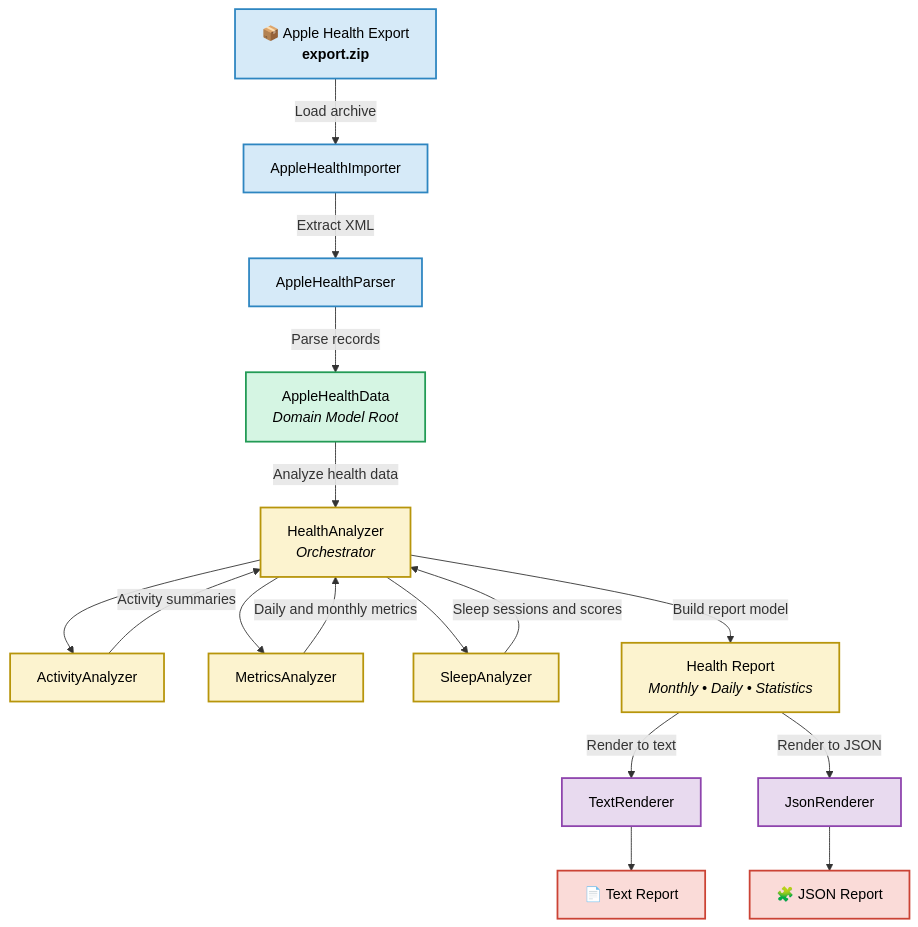
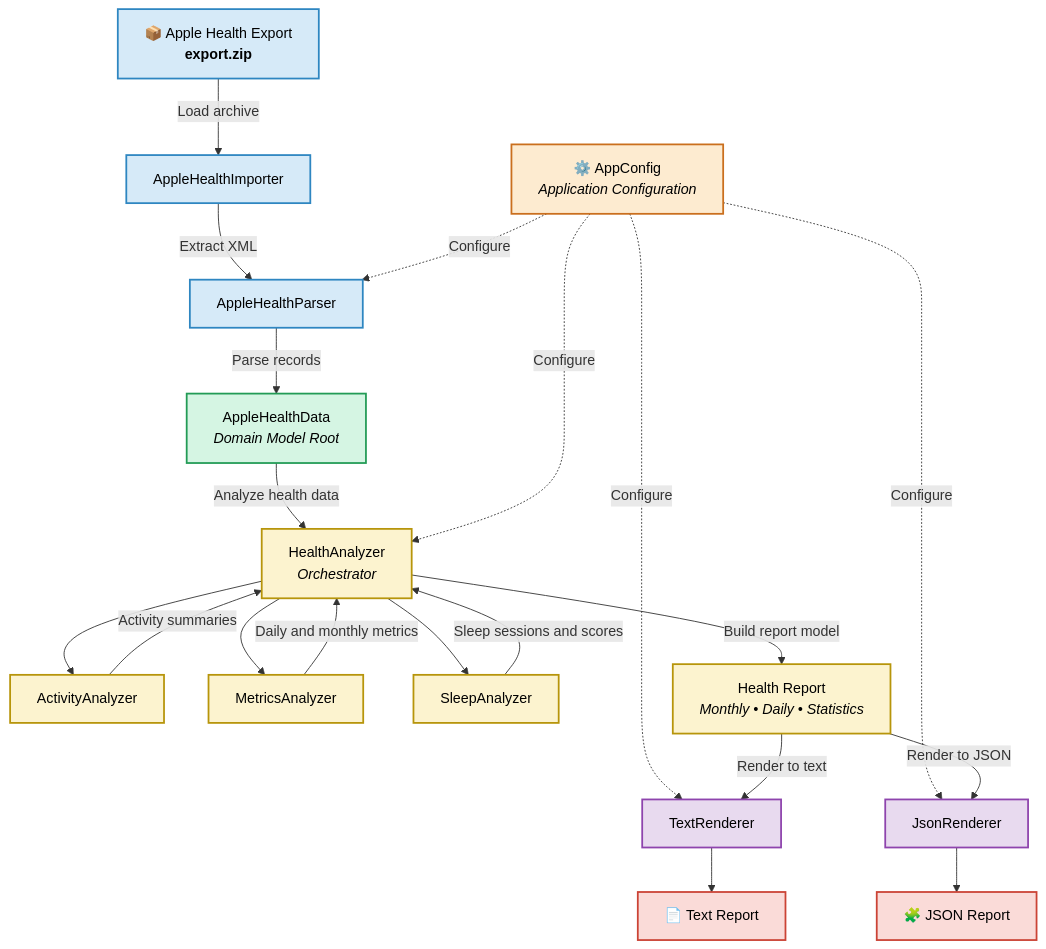
Before and after one commit to MateuszMocarski/AppleHealthMonitorAnalyzer: the first of 4 diagrams in README.md, drawn with Mermaid. The commit also changed other lines of this file and 2 other files, not shown here.

Commit message:
docs: document configuration architecture and updated test suite

````diff
--- a/README.md
+++ b/README.md
@@ -171,54 +171,59 @@
 ```mermaid
 flowchart TD
 
     A["📦 Apple Health Export<br/><b>export.zip</b>"]
+    CFG["⚙️ AppConfig<br/><i>Application Configuration</i>"]
 
     B["AppleHealthImporter"]
     C["AppleHealthParser"]
-
     D["AppleHealthData<br/><i>Domain Model Root</i>"]
 
     E["HealthAnalyzer<br/><i>Orchestrator</i>"]
     EA["ActivityAnalyzer"]
     EM["MetricsAnalyzer"]
     ES["SleepAnalyzer"]
 
     F["Health Report<br/><i>Monthly • Daily • Statistics</i>"]
-
     G["TextRenderer"]
     GJ["JsonRenderer"]
-
     H["📄 Text Report"]
     HJ["🧩 JSON Report"]
 
     A -->|"Load archive"| B
     B -->|"Extract XML"| C
     C -->|"Parse records"| D
     D -->|"Analyze health data"| E
+
+    CFG -.->|"Configure"| C
+    CFG -.->|"Configure"| E
+    CFG -.->|"Configure"| G
+    CFG -.->|"Configure"| GJ
 
     E --> EA
     E --> EM
     E --> ES
 
     EA -->|"Activity summaries"| E
     EM -->|"Daily and monthly metrics"| E
     ES -->|"Sleep sessions and scores"| E
 
     E -->|"Build report model"| F
     F -->|"Render to text"| G
     F -->|"Render to JSON"| GJ
     G --> H
     GJ --> HJ
 
     classDef import fill:#D6EAF8,stroke:#2E86C1,color:#000,stroke-width:2px;
+    classDef config fill:#FDEBD0,stroke:#CA6F1E,color:#000,stroke-width:2px;
     classDef domain fill:#D5F5E3,stroke:#239B56,color:#000,stroke-width:2px;
     classDef analysis fill:#FCF3CF,stroke:#B7950B,color:#000,stroke-width:2px;
     classDef presentation fill:#E8DAEF,stroke:#8E44AD,color:#000,stroke-width:2px;
     classDef output fill:#FADBD8,stroke:#CB4335,color:#000,stroke-width:2px;
 
     class A,B,C import;
+    class CFG config;
     class D domain;
     class E,EA,EM,ES,F analysis;
     class G,GJ presentation;
     class H,HJ output;
 ```
````
